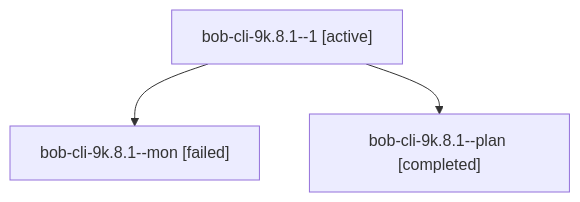
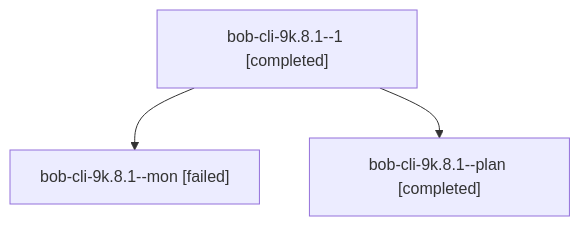
Before and after one commit to bobs-org/bob-cli--agents: the diagram in sessions/bbugyi200.athena.bob-cli-9k.8.1.md, drawn with Mermaid. The commit also changed other lines of this file and 38 other files, not shown here.

````diff
--- a/sessions/bbugyi200.athena.bob-cli-9k.8.1.md
+++ b/sessions/bbugyi200.athena.bob-cli-9k.8.1.md
@@ -9,8 +9,8 @@
 ```mermaid
 flowchart TD
-  n0["bob-cli-9k.8.1--1 [active]"]
+  n0["bob-cli-9k.8.1--1 [completed]"]
   n1["bob-cli-9k.8.1--mon [failed]"]
   n0 --> n1
   n2["bob-cli-9k.8.1--plan [completed]"]
   n0 --> n2
 ```
````
